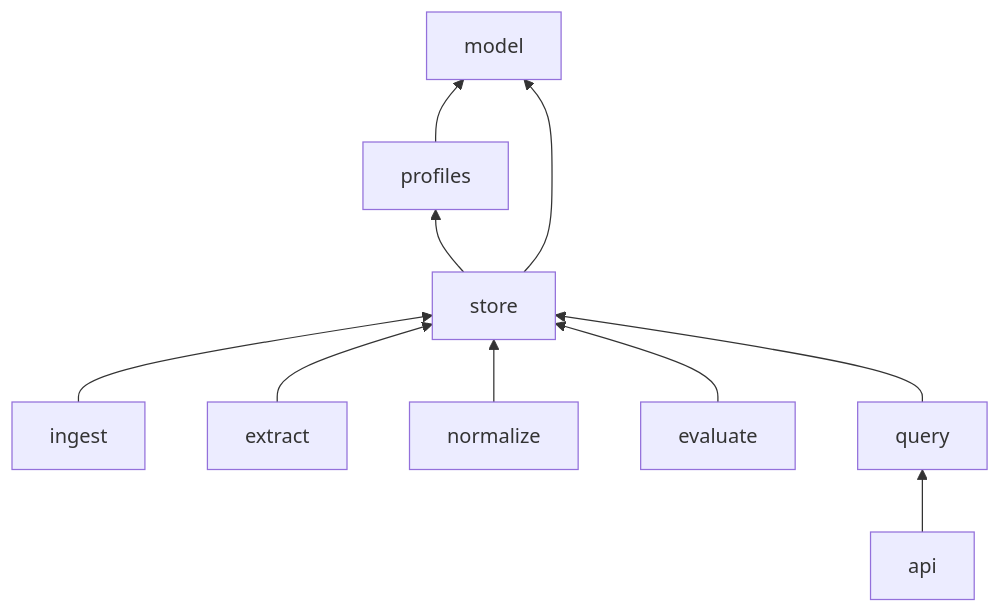
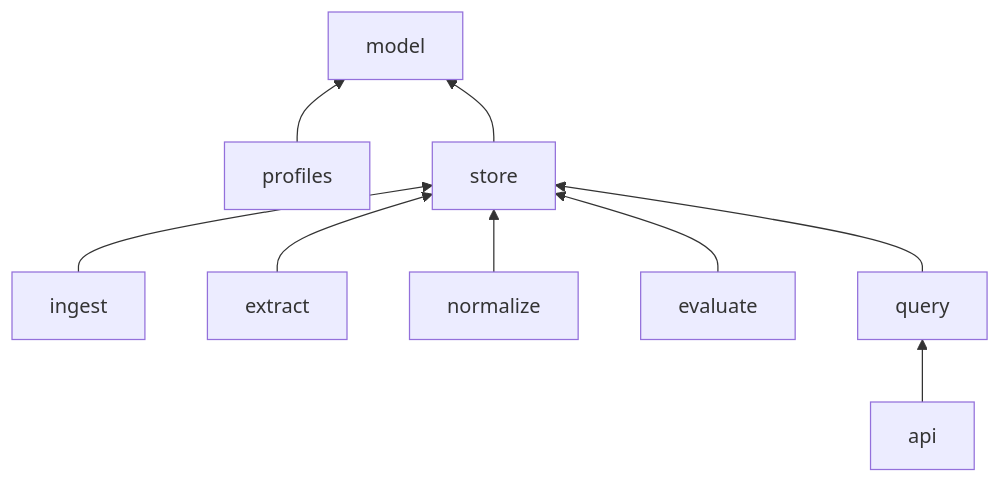
Before and after one commit to salshwauva/stem-evidence-dossier: the diagram in docs/architecture.md, drawn with Mermaid. The commit also changed other lines of this file and 1 other file, not shown here.

First line of the commit message:
fix imports list: store imports model only

````diff
--- a/docs/architecture.md
+++ b/docs/architecture.md
@@ -26,12 +28,11 @@
 ```mermaid
 flowchart BT
     profiles --> model
     store --> model
-    store --> profiles
     ingest --> store
     extract --> store
     normalize --> store
     evaluate --> store
     query --> store
     api --> query
 ```
````
